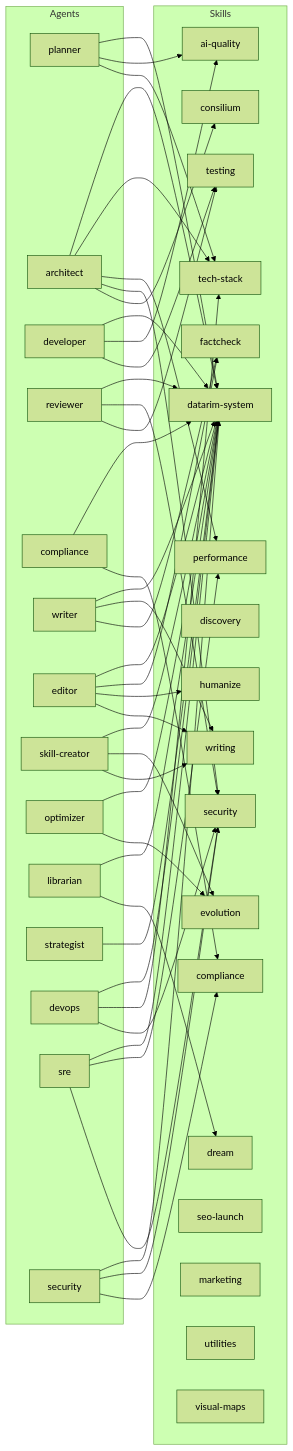
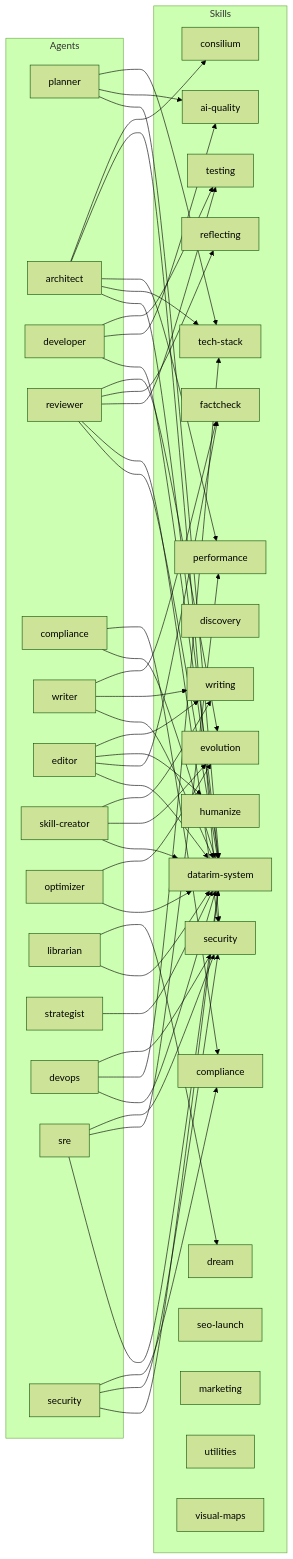
One commit to Arcanada-one/datarim changed the fourth of 4 diagrams in skills/visual-maps/utility-and-dependencies.md. Above: the diagram before and after it, drawn with Mermaid (forest theme). The commit also changed other lines of this file and 3 other files, not shown here.

First line of the commit message:
TUNE-0013 Phase 3: regenerate 4 visual-maps mermaid diagrams

````diff
--- a/skills/visual-maps/utility-and-dependencies.md
+++ b/skills/visual-maps/utility-and-dependencies.md
@@ -101,55 +100,56 @@
 ```mermaid
 graph LR
     subgraph "Agents"
         planner["planner"]
         architect["architect"]
         developer["developer"]
         reviewer["reviewer"]
         comp_agent["compliance"]
         writer_agent["writer"]
         editor_agent["editor"]
         skill_creator["skill-creator"]
         optimizer_agent["optimizer"]
         librarian["librarian"]
         strategist["strategist"]
         devops_agent["devops"]
         sre_agent["sre"]
         security_agent["security"]
     end
 
     subgraph "Skills"
         sys["datarim-system"]
         aiq["ai-quality"]
         sec["security"]
         test["testing"]
         perf["performance"]
         tech["tech-stack"]
         cons["consilium"]
         disc["discovery"]
         evo["evolution"]
+        refl["reflecting"]
         writ["writing"]
         drm["dream"]
         comp_sk["compliance"]
         fc["factcheck"]
         hum["humanize"]
         seo["seo-launch"]
         mkt["marketing"]
         util["utilities"]
         vmap["visual-maps"]
     end
 
     planner --> sys & aiq & tech
     architect --> sys & tech & perf & sec & cons
     developer --> sys & aiq & test
-    reviewer --> sys & sec & test
+    reviewer --> sys & sec & test & refl & evo
     comp_agent --> sys & comp_sk
     writer_agent --> sys & writ & fc
     editor_agent --> sys & fc & hum & writ
     skill_creator --> sys & evo & writ
     optimizer_agent --> sys & evo
     librarian --> sys & drm
     strategist --> sys
     devops_agent --> sys & tech & sec
     sre_agent --> sys & perf & sec
     security_agent --> sys & sec & comp_sk
 ```
````
